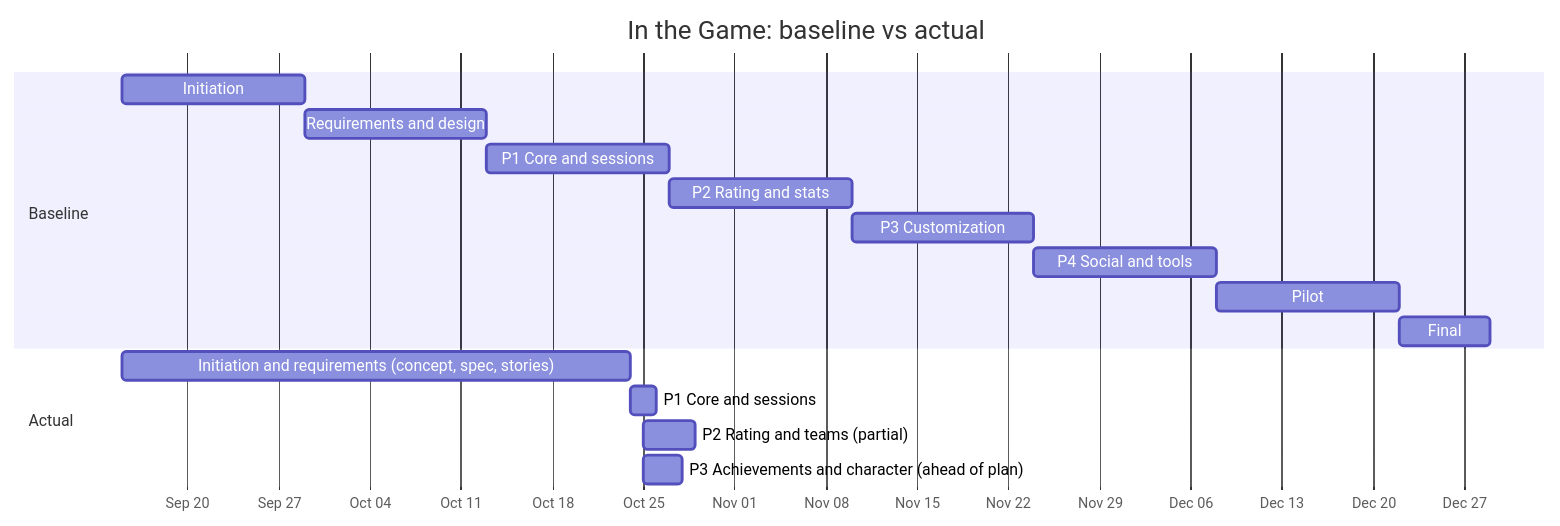
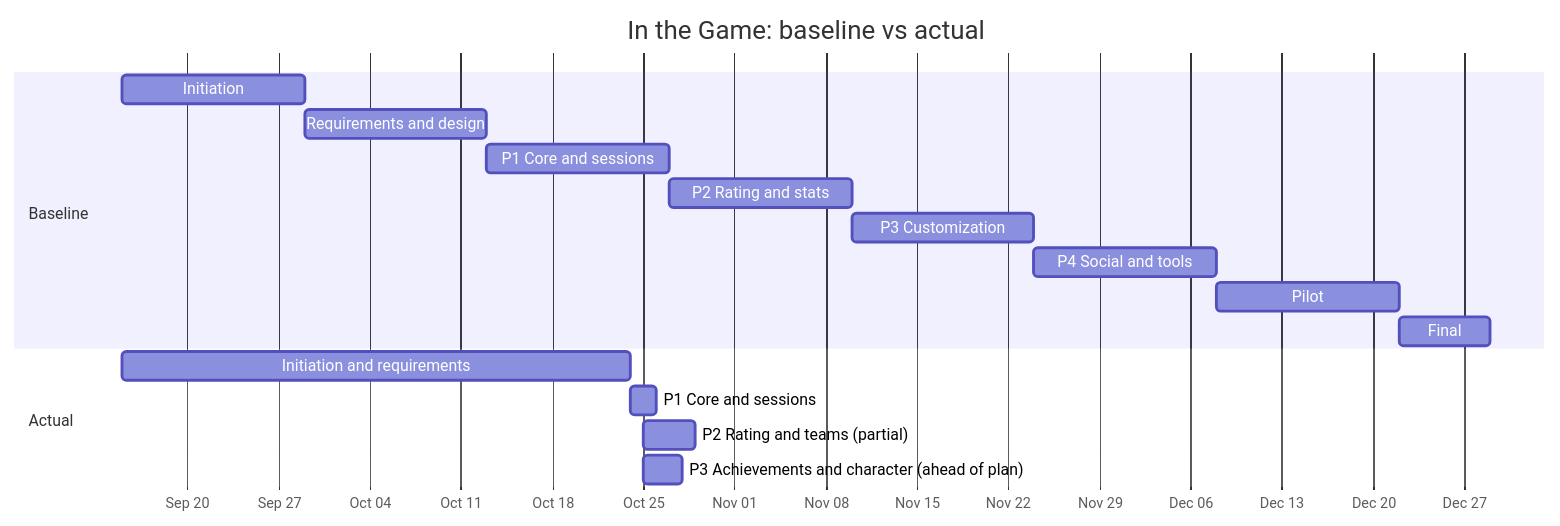
Before and after one commit to honcharovjr/inthegame: the third of 3 diagrams in docs/project/schedule.md, drawn with Mermaid.

Commit message:
Keep commas out of Gantt task names

````diff
--- a/docs/project/schedule.md
+++ b/docs/project/schedule.md
@@ -95,20 +95,20 @@
 ```mermaid
 gantt
   title In the Game: baseline vs actual
   dateFormat YYYY-MM-DD
   axisFormat %b %d
   section Baseline
   Initiation               :b1, 2026-09-15, 14d
   Requirements and design  :b2, after b1, 14d
   P1 Core and sessions     :b3, after b2, 14d
   P2 Rating and stats      :b4, after b3, 14d
   P3 Customization         :b5, after b4, 14d
   P4 Social and tools      :b6, after b5, 14d
   Pilot                    :b7, after b6, 14d
   Final                    :b8, after b7, 7d
   section Actual
-  Initiation and requirements (concept, spec, stories)  :a1, 2026-09-15, 2026-10-24
+  Initiation and requirements  :a1, 2026-09-15, 2026-10-24
   P1 Core and sessions     :a3, 2026-10-24, 2026-10-26
   P2 Rating and teams (partial) :a4, 2026-10-25, 2026-10-29
   P3 Achievements and character (ahead of plan) :a5, 2026-10-25, 2026-10-28
 ```
````
